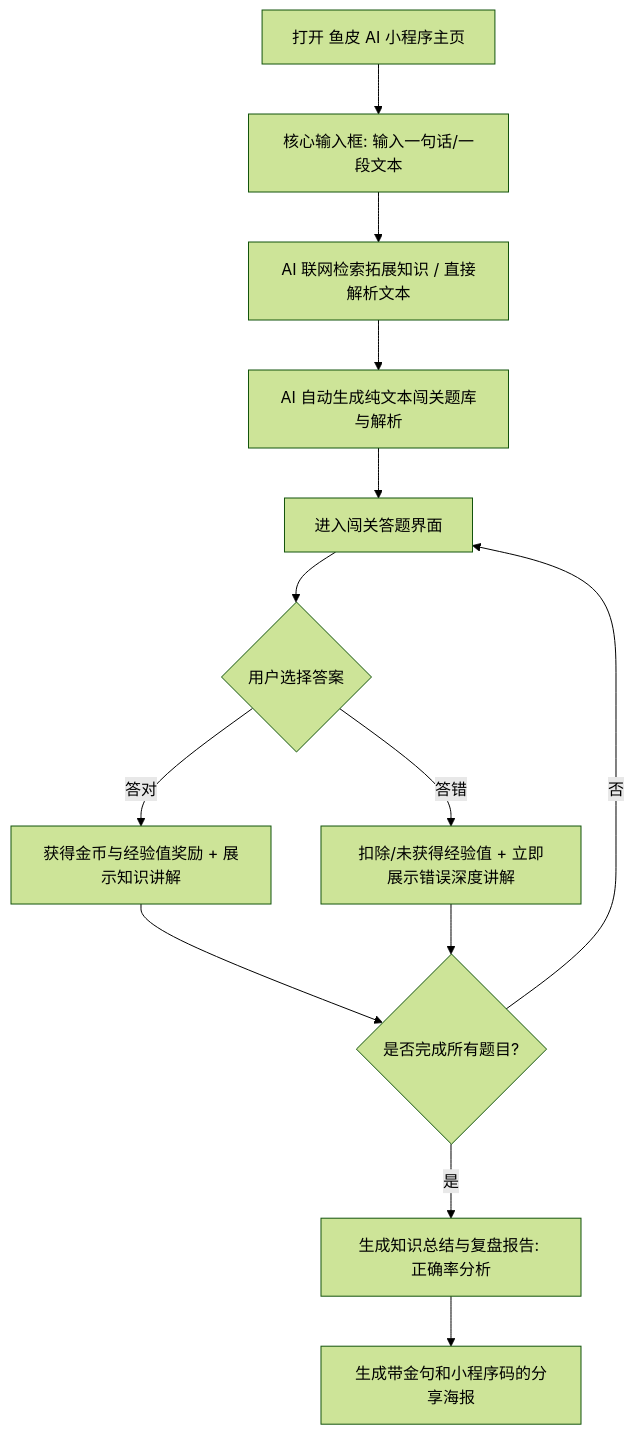
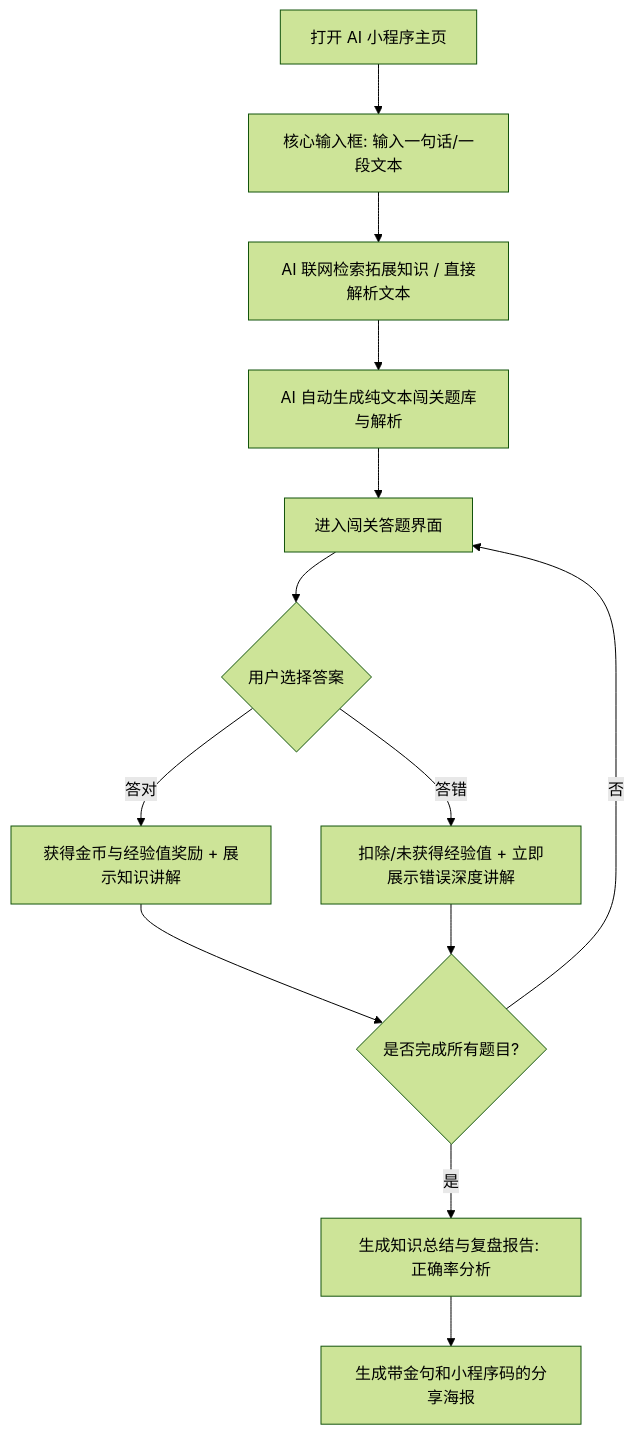
The diagram in doc/需求分析文档.md (White-Yuk/ai-helper-miniprogram), drawn with Mermaid (forest theme) before and after one commit. The commit also changed other lines of this file and 24 other files, not shown here.

````diff
--- a/doc/需求分析文档.md
+++ b/doc/需求分析文档.md
@@ -62,15 +62,15 @@
 ```mermaid
 graph TD
-    A[打开 鱼皮 AI 小程序主页] --> B[核心输入框: 输入一句话/一段文本]
+    A[打开  AI 小程序主页] --> B[核心输入框: 输入一句话/一段文本]
     B --> C[AI 联网检索拓展知识 / 直接解析文本]
     C --> D[AI 自动生成纯文本闯关题库与解析]
     D --> E[进入闯关答题界面]
     E --> F{用户选择答案}
     F -->|答对| G[获得金币与经验值奖励 + 展示知识讲解]
     F -->|答错| H[扣除/未获得经验值 + 立即展示错误深度讲解]
     G --> I{是否完成所有题目?}
     H --> I
     I -->|否| E
     I -->|是| J[生成知识总结与复盘报告: 正确率分析]
     J --> K[生成带金句和小程序码的分享海报]
 ```
````
